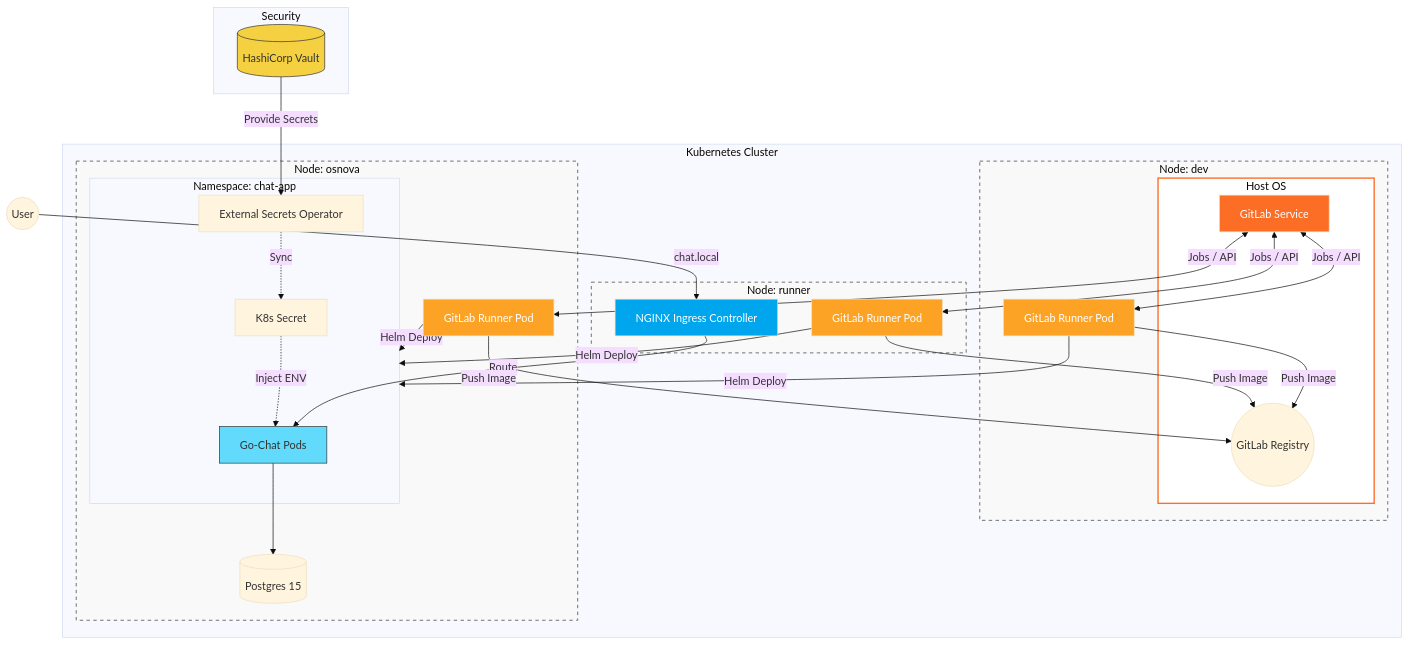
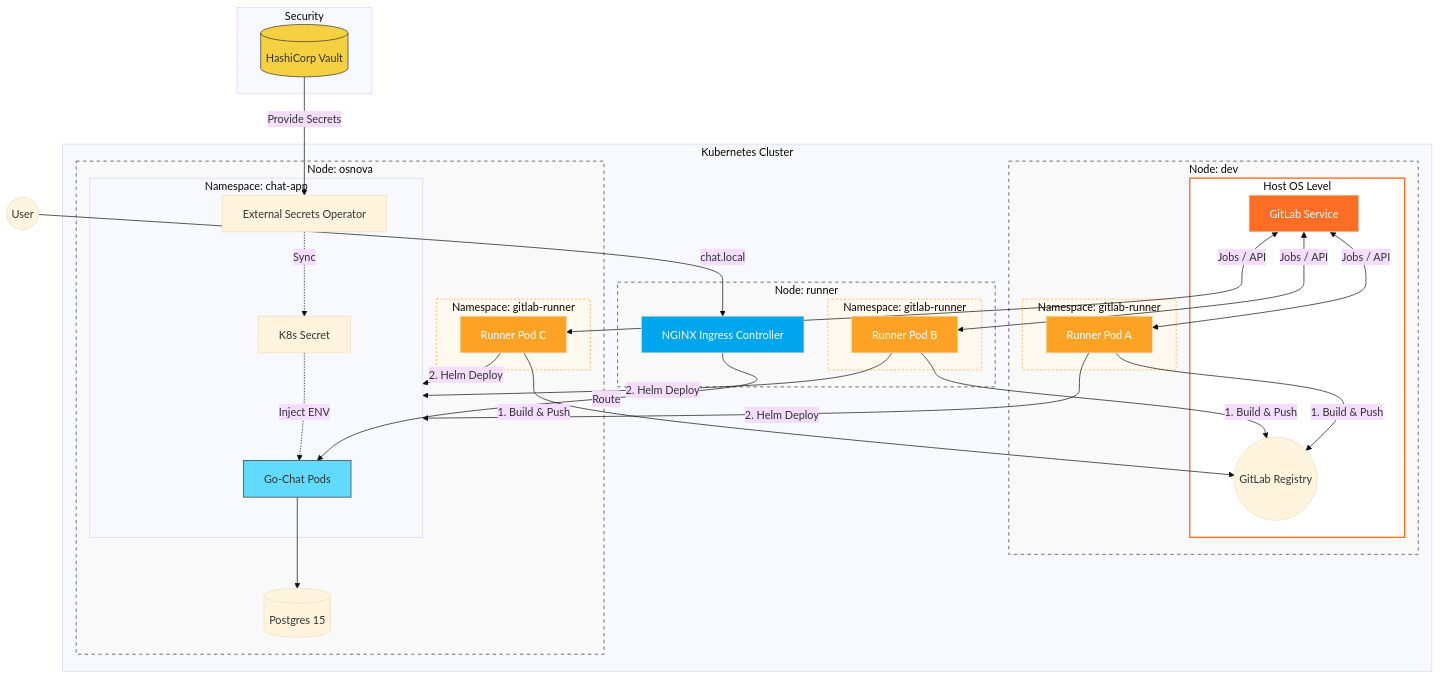
Before and after one commit to dunaevartem/QM: the diagram in README.md, drawn with Mermaid (base theme).

Commit message:
Update file README.md

````diff
--- a/README.md
+++ b/README.md
@@ -1,64 +1,73 @@
 ```mermaid
 graph TD
     subgraph Cluster ["Kubernetes Cluster"]
         
         subgraph Node_DEV ["Node: dev"]
-            subgraph OS_DEV ["Host OS"]
+            subgraph OS_DEV ["Host OS Level"]
                 GitLab[GitLab Service]
                 Registry((GitLab Registry))
             end
-            R_Pod1[GitLab Runner Pod]
+            subgraph R_NS1 ["Namespace: gitlab-runner"]
+                R_Pod1[Runner Pod A]
+            end
         end
 
         subgraph Node_RUNNER ["Node: runner"]
-            R_Pod2[GitLab Runner Pod]
+            subgraph R_NS2 ["Namespace: gitlab-runner"]
+                R_Pod2[Runner Pod B]
+            end
             Ingress[NGINX Ingress Controller]
         end
 
         subgraph Node_OSNOVA ["Node: osnova"]
             subgraph AppNS ["Namespace: chat-app"]
                 Pods[Go-Chat Pods]
                 ESO[External Secrets Operator]
                 K8sSecret[K8s Secret]
             end
-            R_Pod3[GitLab Runner Pod]
+            subgraph R_NS3 ["Namespace: gitlab-runner"]
+                R_Pod3[Runner Pod C]
+            end
             DB[(Postgres 15)]
         end
         
     end
 
     subgraph External ["Security"]
         Vault[(HashiCorp Vault)]
     end
 
     %% Трафик и связи
     User((User)) -->|chat.local| Ingress
     Ingress -->|Route| Pods
     
-    %% CI/CD Потоки (теперь от любого пода-раннера)
+    %% CI/CD Потоки
     GitLab <-->|Jobs / API| R_Pod1
     GitLab <-->|Jobs / API| R_Pod2
     GitLab <-->|Jobs / API| R_Pod3
 
-    R_Pod1 & R_Pod2 & R_Pod3 -->|Push Image| Registry
-    R_Pod1 & R_Pod2 & R_Pod3 -->|Helm Deploy| AppNS
+    R_Pod1 & R_Pod2 & R_Pod3 -->|1. Build & Push| Registry
+    R_Pod1 & R_Pod2 & R_Pod3 -->|2. Helm Deploy| AppNS
 
     %% Секреты
     Vault -->|Provide Secrets| ESO
     ESO -.->|Sync| K8sSecret
     K8sSecret -.->|Inject ENV| Pods
     Pods --> DB
 
     %% Стилизация
     style OS_DEV fill:#fff,stroke:#fc6d26,stroke-width:2px
     style GitLab fill:#fc6d26,color:#fff
     style R_Pod1 fill:#fca326,color:#fff
     style R_Pod2 fill:#fca326,color:#fff
     style R_Pod3 fill:#fca326,color:#fff
     style Ingress fill:#00a6ed,color:#fff
     style Vault fill:#f5d142,stroke:#333
     style Pods fill:#61dafb,stroke:#333
     style Node_DEV fill:#f9f9f9,stroke:#333,stroke-dasharray: 5 5
     style Node_RUNNER fill:#f9f9f9,stroke:#333,stroke-dasharray: 5 5
     style Node_OSNOVA fill:#f9f9f9,stroke:#333,stroke-dasharray: 5 5
+    style R_NS1 fill:#fff9f0,stroke:#fca326,stroke-dasharray: 3 3
+    style R_NS2 fill:#fff9f0,stroke:#fca326,stroke-dasharray: 3 3
+    style R_NS3 fill:#fff9f0,stroke:#fca326,stroke-dasharray: 3 3
 ```
````
